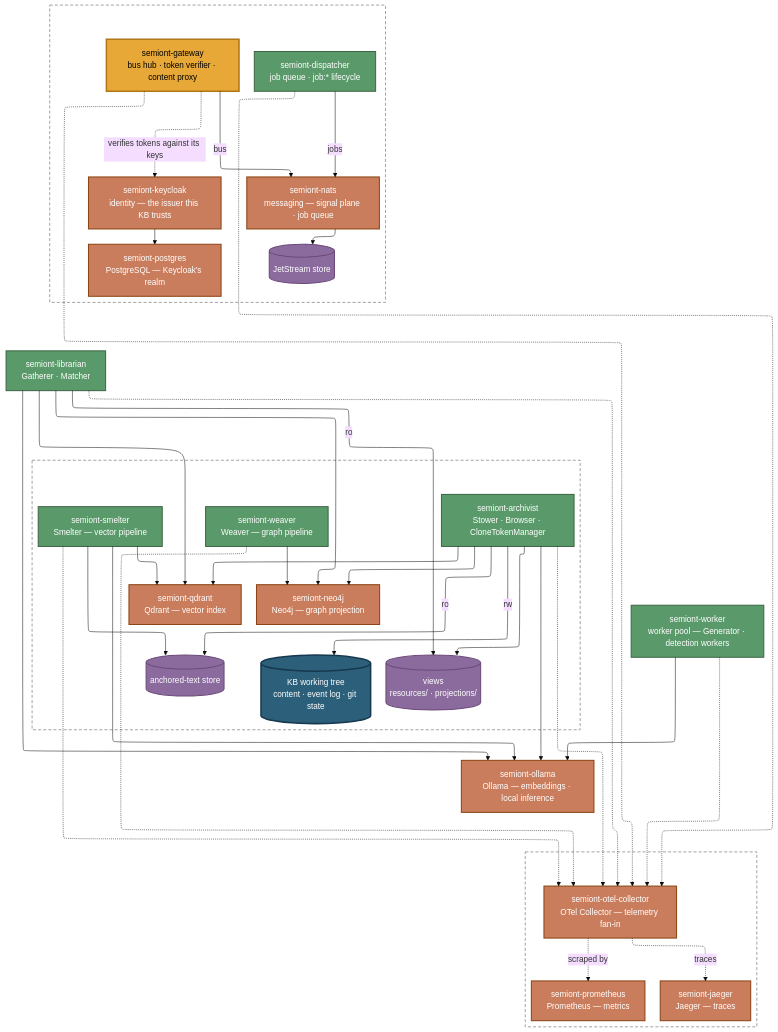
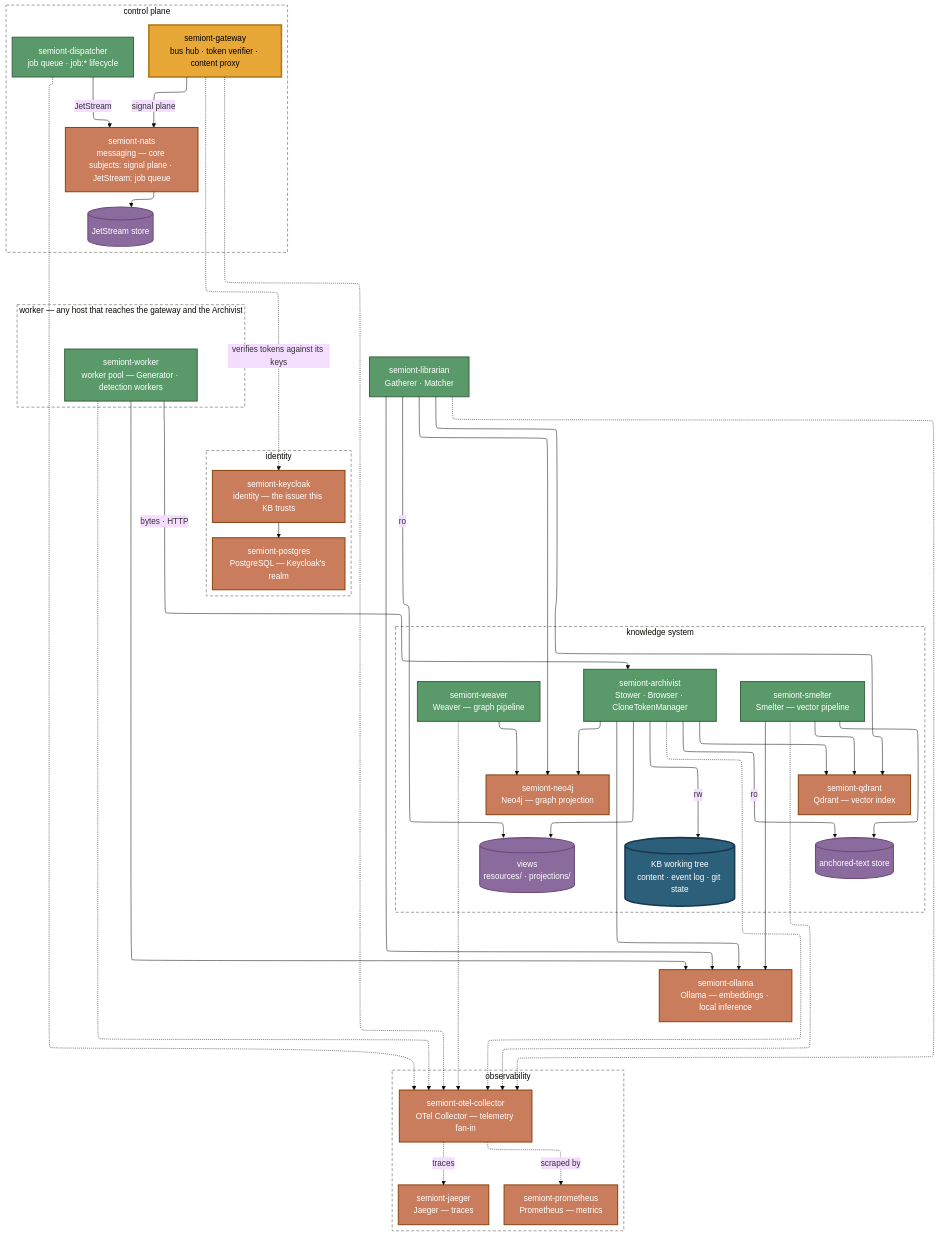
Before and after one commit to The-AI-Alliance/semiont: the second of 2 diagrams in docs/system/CONTAINER-TOPOLOGY.md, drawn with Mermaid (base theme). The commit also changed other lines of this file and 10 other files, not shown here.

````diff
--- a/docs/system/CONTAINER-TOPOLOGY.md
+++ b/docs/system/CONTAINER-TOPOLOGY.md
@@ -79,16 +79,19 @@
   layout: elk
 ---
 graph TB
-    subgraph G1 [" "]
+    subgraph G1 ["control plane"]
         GW["semiont-gateway<br/>bus hub · token verifier · content proxy"]
         DISP["semiont-dispatcher<br/>job queue · job:* lifecycle"]
-        NATS["semiont-nats<br/>messaging — signal plane · job queue"]
+        NATS["semiont-nats<br/>messaging — core subjects: signal plane · JetStream: job queue"]
         JS[("JetStream store")]
+    end
+
+    subgraph G4 ["identity"]
         KC["semiont-keycloak<br/>identity — the issuer this KB trusts"]
         PG["semiont-postgres<br/>PostgreSQL — Keycloak's realm"]
     end
 
-    subgraph G2 [" "]
+    subgraph G2 ["knowledge system"]
         ARCH["semiont-archivist<br/>Stower · Browser · CloneTokenManager"]
         TREE[("KB working tree<br/>content · event log · git state")]
         VIEWS[("views<br/>resources/ · projections/")]
@@ -102,9 +105,11 @@
     LIB["semiont-librarian<br/>Gatherer · Matcher"]
     OL["semiont-ollama<br/>Ollama — embeddings · local inference"]
 
-    WORKER["semiont-worker<br/>worker pool — Generator · detection workers"]
+    subgraph G3 ["worker — any host that reaches the gateway and the Archivist"]
+        WORKER["semiont-worker<br/>worker pool — Generator · detection workers"]
+    end
 
-    subgraph G5 [" "]
+    subgraph G5 ["observability"]
         COLL["semiont-otel-collector<br/>OTel Collector — telemetry fan-in"]
         TRACES["semiont-jaeger<br/>Jaeger — traces"]
         METRICS["semiont-prometheus<br/>Prometheus — metrics"]
@@ -115,8 +120,9 @@
     LIB -->|ro| VIEWS
     SMELT --> ANCH
     ARCH -->|ro| ANCH
-    GW -->|bus| NATS
-    DISP -->|jobs| NATS
+    WORKER -->|bytes · HTTP| ARCH
+    GW -->|signal plane| NATS
+    DISP -->|JetStream| NATS
     NATS --> JS
 
     WEAVE --> NEO
@@ -165,5 +171,7 @@
 
     style G1 fill:none,stroke:#888,stroke-width:1.5px,stroke-dasharray:6 4
     style G2 fill:none,stroke:#888,stroke-width:1.5px,stroke-dasharray:6 4
+    style G3 fill:none,stroke:#888,stroke-width:1.5px,stroke-dasharray:6 4
+    style G4 fill:none,stroke:#888,stroke-width:1.5px,stroke-dasharray:6 4
     style G5 fill:none,stroke:#888,stroke-width:1.5px,stroke-dasharray:6 4
 ```
````
